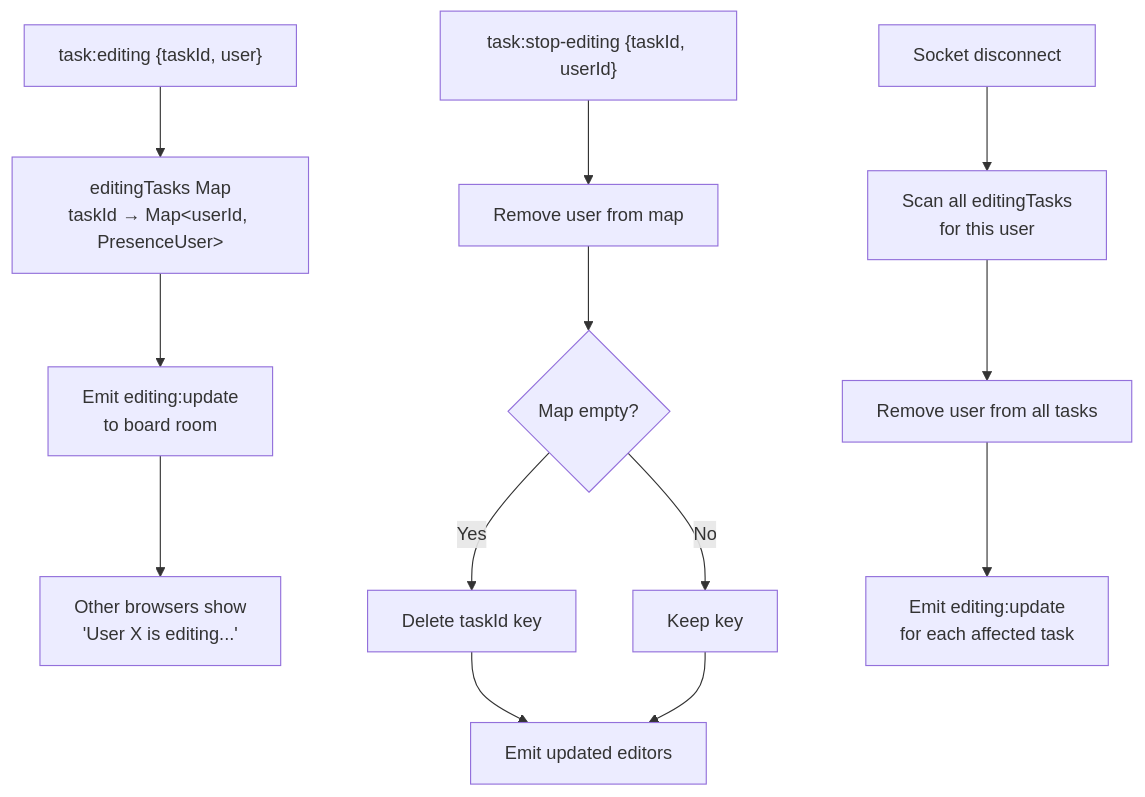
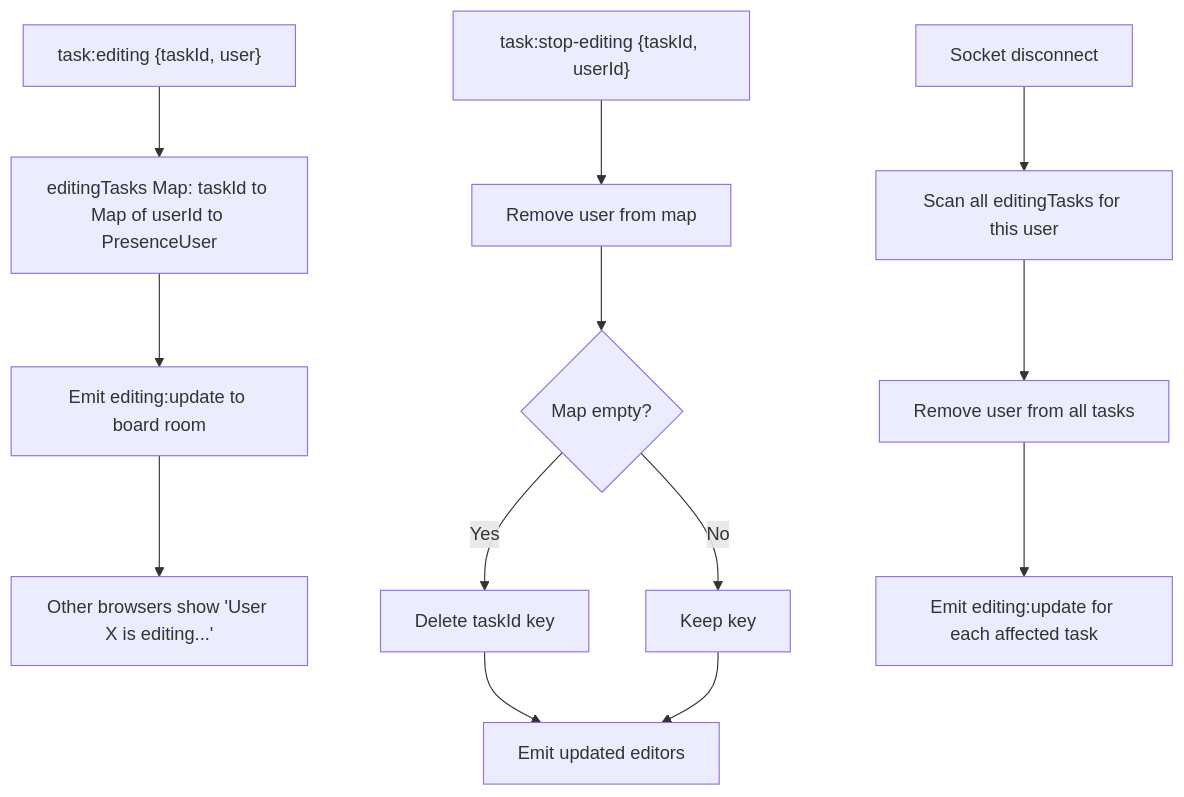
The sixth of 8 diagrams in docs/07-real-time-sockets.md (asefahmed500/Smart-Task-App_IIT_DU_Final_Project), drawn with Mermaid before and after one commit. The commit also changed other lines of this file and 8 other files, not shown here.

Commit message:
fix: remove br tags from mermaid diagrams for GitHub rendering

````diff
--- a/docs/07-real-time-sockets.md
+++ b/docs/07-real-time-sockets.md
@@ -254,17 +254,17 @@
 ```mermaid
 flowchart TD
-    START["task:editing {taskId, user}"] --> MAP["editingTasks Map<br/>taskId → Map&lt;userId, PresenceUser&gt;"]
-    MAP --> EMIT["Emit editing:update<br/>to board room"]
-    EMIT --> UI["Other browsers show<br/>'User X is editing...'"]
+    START["task:editing {taskId, user}"] --> MAP["editingTasks Map: taskId to Map of userId to PresenceUser"]
+    MAP --> EMIT["Emit editing:update to board room"]
+    EMIT --> UI["Other browsers show 'User X is editing...'"]
 
     STOP["task:stop-editing {taskId, userId}"] --> RM["Remove user from map"]
     RM --> CLEANUP{"Map empty?"}
     CLEANUP -->|Yes| DELETE["Delete taskId key"]
     CLEANUP -->|No| KEEP["Keep key"]
     DELETE --> EMIT2["Emit updated editors"]
     KEEP --> EMIT2
 
-    DISCONNECT["Socket disconnect"] --> SCAN["Scan all editingTasks<br/>for this user"]
+    DISCONNECT["Socket disconnect"] --> SCAN["Scan all editingTasks for this user"]
     SCAN --> REMOVE["Remove user from all tasks"]
-    REMOVE --> NOTIFY["Emit editing:update<br/>for each affected task"]
+    REMOVE --> NOTIFY["Emit editing:update for each affected task"]
 ```
````
